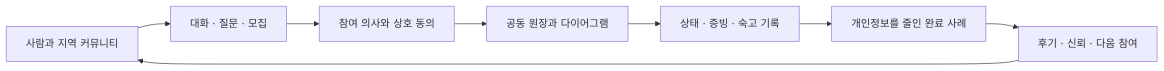
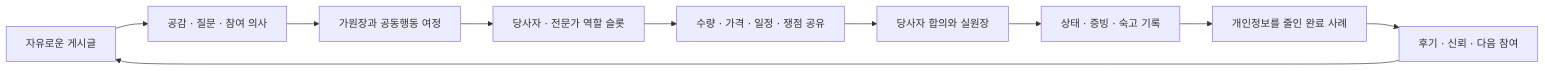
Before and after one commit to cheolwo/hongdal: the diagram in docs/Versions/v0.0/README.md, drawn with Mermaid. The commit also changed other lines of this file and 5 other files, not shown here.

````diff
--- a/docs/Versions/v0.0/README.md
+++ b/docs/Versions/v0.0/README.md
@@ -9,10 +9,12 @@
 ```mermaid
 flowchart LR
-    A["사람과 지역 커뮤니티"] --> B["대화 · 질문 · 모집"]
-    B --> C["참여 의사와 상호 동의"]
-    C --> D["공동 원장과 다이어그램"]
-    D --> E["상태 · 증빙 · 숙고 기록"]
-    E --> F["개인정보를 줄인 완료 사례"]
-    F --> G["후기 · 신뢰 · 다음 참여"]
-    G --> A
+    A["자유로운 게시글"] --> B["공감 · 질문 · 참여 의사"]
+    B --> C["가원장과 공동행동 여정"]
+    C --> D["당사자 · 전문가 역할 슬롯"]
+    D --> E["수량 · 가격 · 일정 · 쟁점 공유"]
+    E --> F["당사자 합의와 실원장"]
+    F --> G["상태 · 증빙 · 숙고 기록"]
+    G --> H["개인정보를 줄인 완료 사례"]
+    H --> I["후기 · 신뢰 · 다음 참여"]
+    I --> A
 ```
````
